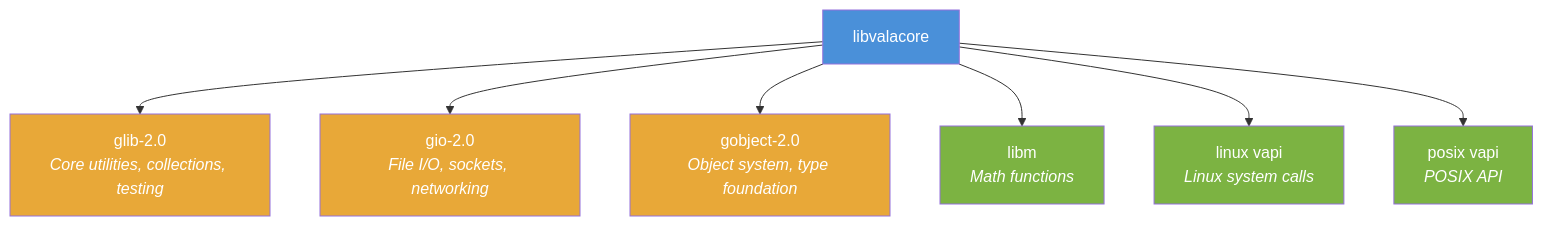
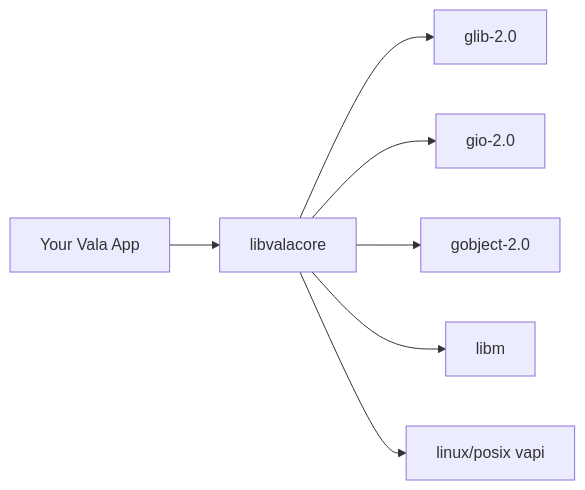
Before and after one commit to nao1215/libvalacore: the diagram in README.md, drawn with Mermaid. The commit also changed other lines of this file, not shown here.

Commit message:
docs/readme: simplify dependencies and add task-first API guide

````diff
--- a/README.md
+++ b/README.md
@@ -19,19 +26,9 @@
 ```mermaid
-graph TD
-    LVC[libvalacore]
-
-    LVC --> GLib[glib-2.0<br><i>Core utilities, collections, testing</i>]
-    LVC --> GIO[gio-2.0<br><i>File I/O, sockets, networking</i>]
-    LVC --> GObject[gobject-2.0<br><i>Object system, type foundation</i>]
-    LVC --> libm[libm<br><i>Math functions</i>]
-    LVC --> linux[linux vapi<br><i>Linux system calls</i>]
-    LVC --> posix[posix vapi<br><i>POSIX API</i>]
-
-    style LVC fill:#4a90d9,color:#fff
-    style GLib fill:#e8a838,color:#fff
-    style GIO fill:#e8a838,color:#fff
-    style GObject fill:#e8a838,color:#fff
-    style libm fill:#7cb342,color:#fff
-    style linux fill:#7cb342,color:#fff
-    style posix fill:#7cb342,color:#fff
+graph LR
+    App[Your Vala App] --> LVC[libvalacore]
+    LVC --> G1[glib-2.0]
+    LVC --> G2[gio-2.0]
+    LVC --> G3[gobject-2.0]
+    LVC --> M[libm]
+    LVC --> P[linux/posix vapi]
 ```
````
